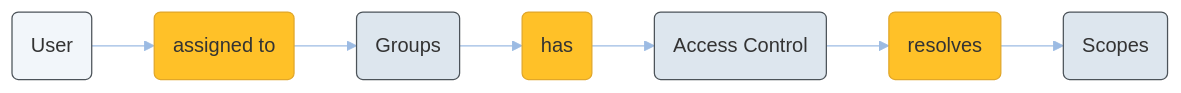
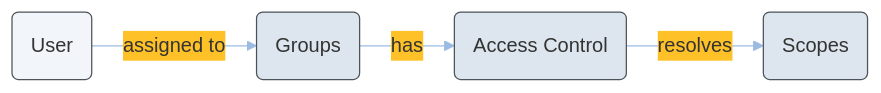
One commit to emporix/api-references changed the first of 2 diagrams in quickstart/authentication-and-authorization/custom-scopes-custom-entities.md. Above: the diagram before and after it, drawn with Mermaid. The commit also changed other lines of this file, not shown here.

````diff
--- a/quickstart/authentication-and-authorization/custom-scopes-custom-entities.md
+++ b/quickstart/authentication-and-authorization/custom-scopes-custom-entities.md
@@ -20,41 +18,32 @@
 ```mermaid
 ---
 config:
   layout: fixed
   theme: base
   look: classic
   themeVariables:
     background: transparent
     lineColor: "#9CBBE3"
     arrowheadColor: "#9CBBE3"
     edgeLabelBackground: "#FFC128"
     edgeLabelTextColor: "#4C5359"
 ---
 flowchart LR
-    U[User] --> A[assigned to]
-    A --> G[Groups]
-    G --> H[has]
-    H --> AC[Access Control]
-    AC --> R[resolves]
-    R --> S[Scopes]
+    U[User] -->|assigned to| G[Groups]
+    G -->|has| AC[Access Control]
+    AC -->|resolves| S[Scopes]
 
     U@{ shape: rounded}
-    A@{ shape: rounded}
     G@{ shape: rounded}
-    H@{ shape: rounded}
     AC@{ shape: rounded}
-    R@{ shape: rounded}
     S@{ shape: rounded}
 
     U:::Class_04
     G:::Class_02
     AC:::Class_02
     S:::Class_02
-    A:::Class_03
-    H:::Class_03
-    R:::Class_03
     classDef Class_02 stroke-width:1px, stroke-dasharray: 0, stroke:#4C5359, fill:#DDE6EE
     classDef Class_01 stroke-width:1px, stroke-dasharray: 0, stroke:#4C5359, fill:#A1BDDC
     classDef Class_03 stroke-width:1px, stroke-dasharray: 0, stroke:#E1A72A, fill:#FFC128
     classDef Class_04 fill:#F2F6FA, stroke:#4C5359
 ```
````
